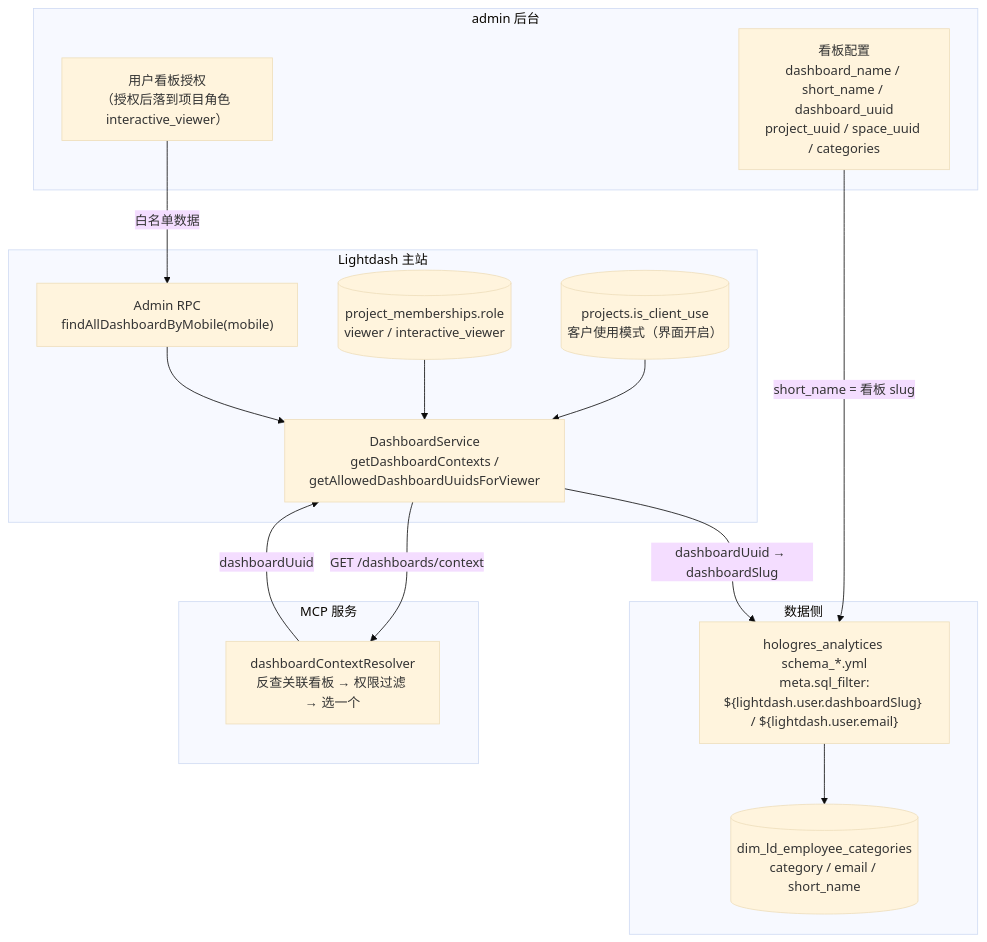
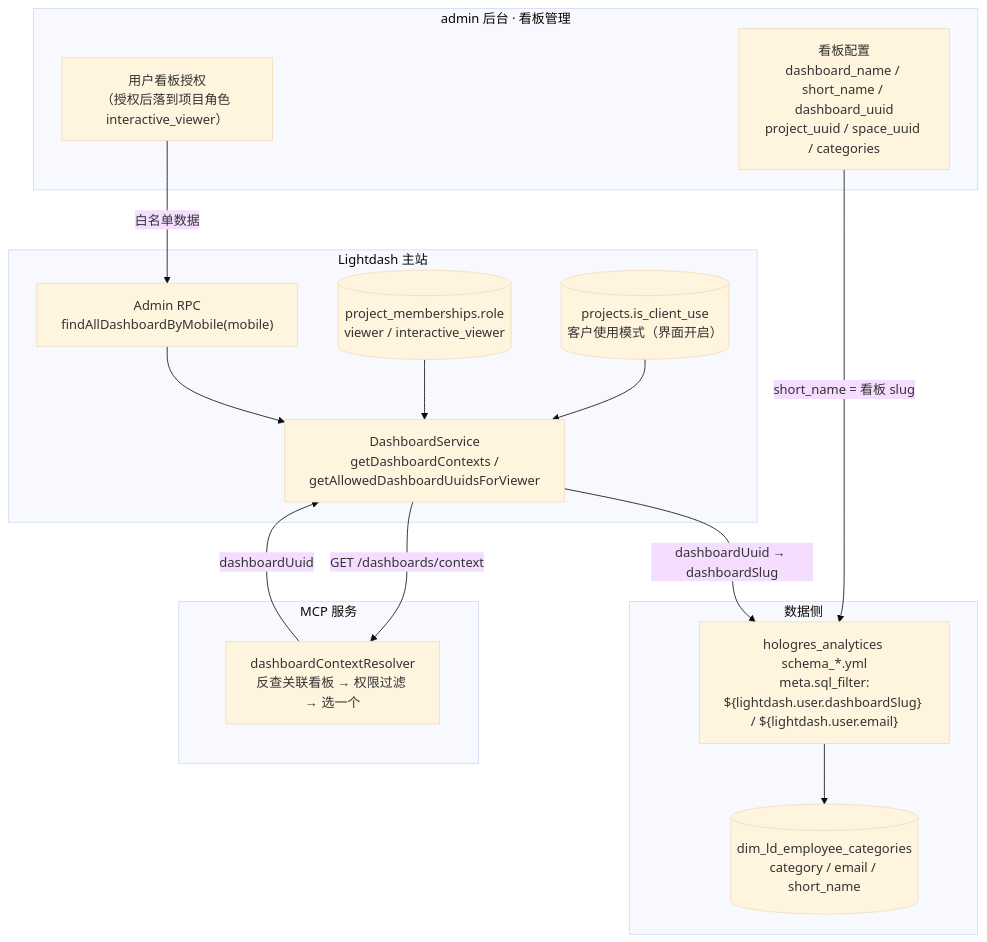
Before and after one commit to winwin-inc/lightdash-i18n: the second of 4 diagrams in docs/mcp/mcp-service-launch.md, drawn with Mermaid (base theme). The commit also changed other lines of this file, not shown here.

````diff
--- a/docs/mcp/mcp-service-launch.md
+++ b/docs/mcp/mcp-service-launch.md
@@ -161,30 +160,30 @@
 ```mermaid
 flowchart TD
-  subgraph admin[admin 后台]
+  subgraph admin[admin 后台 · 看板管理]
     cfg["看板配置<br/>dashboard_name / short_name / dashboard_uuid<br/>project_uuid / space_uuid / categories"]
     auth["用户看板授权<br/>（授权后落到项目角色 interactive_viewer）"]
   end
   subgraph dbt[数据侧]
     yml["hologres_analytices schema_*.yml<br/>meta.sql_filter:<br/>${lightdash.user.dashboardSlug} / ${lightdash.user.email}"]
     dim[("dim_ld_employee_categories<br/>category / email / short_name")]
   end
   subgraph ld[Lightdash 主站]
     proj[("projects.is_client_use<br/>客户使用模式（界面开启）")]
     role[("project_memberships.role<br/>viewer / interactive_viewer")]
     rpc["Admin RPC<br/>findAllDashboardByMobile(mobile)"]
     ctx["DashboardService<br/>getDashboardContexts /<br/>getAllowedDashboardUuidsForViewer"]
   end
   subgraph mcp[MCP 服务]
     resolver["dashboardContextResolver<br/>反查关联看板 → 权限过滤 → 选一个"]
   end
 
   cfg -->|short_name = 看板 slug| yml
   auth -->|白名单数据| rpc
   yml --> dim
   proj --> ctx
   role --> ctx
   rpc --> ctx
   ctx -->|"GET /dashboards/context"| resolver
   resolver -->|dashboardUuid| ctx
   ctx -->|dashboardUuid → dashboardSlug| yml
 ```
````
